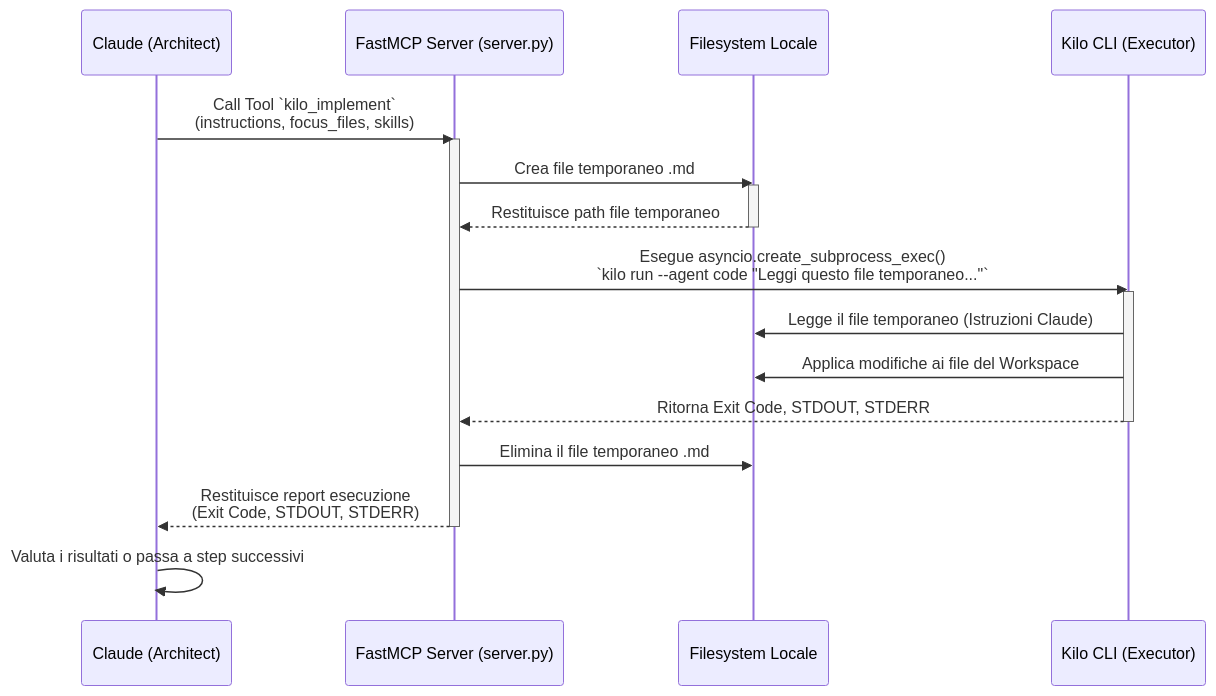
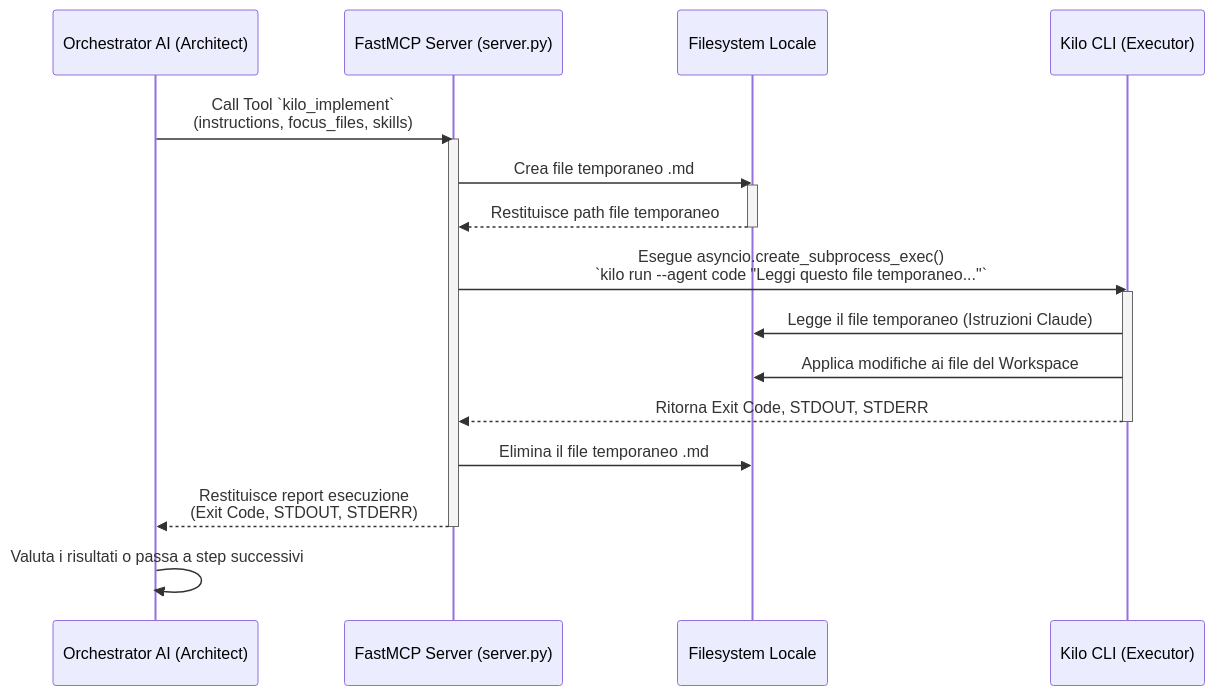
The second of 2 diagrams in ARCHITECTURE.md (primax79/kilo-mcp), drawn with Mermaid before and after one commit. The commit also changed other lines of this file and 5 other files, not shown here.

````diff
--- a/ARCHITECTURE.md
+++ b/ARCHITECTURE.md
@@ -154,28 +154,28 @@
 ```mermaid
 sequenceDiagram
-    participant C as Claude (Architect)
+    participant C as Orchestrator AI (Architect)
     participant S as FastMCP Server (server.py)
     participant FS as Filesystem Locale
     participant K as Kilo CLI (Executor)
 
     C->>S: Call Tool `kilo_implement`<br/>(instructions, focus_files, skills)
     activate S
     S->>FS: Crea file temporaneo .md
     activate FS
     FS-->>S: Restituisce path file temporaneo
     deactivate FS
     
     S->>K: Esegue asyncio.create_subprocess_exec()<br/>`kilo run --agent code "Leggi questo file temporaneo..."`
     activate K
     
     K->>FS: Legge il file temporaneo (Istruzioni Claude)
     K->>FS: Applica modifiche ai file del Workspace
     K-->>S: Ritorna Exit Code, STDOUT, STDERR
     deactivate K
     
     S->>FS: Elimina il file temporaneo .md
     S-->>C: Restituisce report esecuzione<br/>(Exit Code, STDOUT, STDERR)
     deactivate S
     
     C->>C: Valuta i risultati o passa a step successivi
 ```
````
